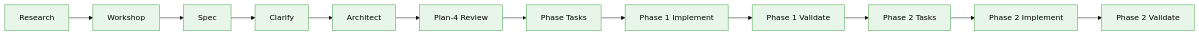
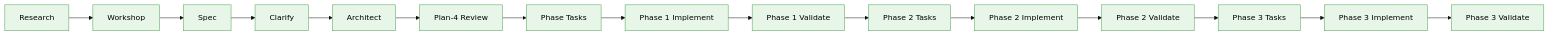
Before and after one commit to vaughanknight/pij: the diagram in docs/plans/007-options-for-pi-extensions-that-do-subagents/agent-workbench.fltplan.md, drawn with Mermaid (base theme). The commit also changed other lines of this file and 10 other files, not shown here.

````diff
--- a/docs/plans/007-options-for-pi-extensions-that-do-subagents/agent-workbench.fltplan.md
+++ b/docs/plans/007-options-for-pi-extensions-that-do-subagents/agent-workbench.fltplan.md
@@ -66,8 +66,8 @@
 ```mermaid
 flowchart LR
     classDef done fill:#E8F5E9,stroke:#43A047,color:#000
     classDef active fill:#FFF3E0,stroke:#FB8C00,color:#000
     classDef pending fill:#ECEFF1,stroke:#607D8B,color:#000
 
-    R[Research]:::done --> W[Workshop]:::done --> S[Spec]:::done --> C[Clarify]:::done --> A[Architect]:::done --> P4[Plan-4 Review]:::done --> T[Phase Tasks]:::done --> I[Phase 1 Implement]:::done --> V[Phase 1 Validate]:::done --> P2T[Phase 2 Tasks]:::done --> P2I[Phase 2 Implement]:::done --> P2V[Phase 2 Validate]:::done
+    R[Research]:::done --> W[Workshop]:::done --> S[Spec]:::done --> C[Clarify]:::done --> A[Architect]:::done --> P4[Plan-4 Review]:::done --> T[Phase Tasks]:::done --> I[Phase 1 Implement]:::done --> V[Phase 1 Validate]:::done --> P2T[Phase 2 Tasks]:::done --> P2I[Phase 2 Implement]:::done --> P2V[Phase 2 Validate]:::done --> P3T[Phase 3 Tasks]:::done --> P3I[Phase 3 Implement]:::done --> P3V[Phase 3 Validate]:::done
 ```
````
